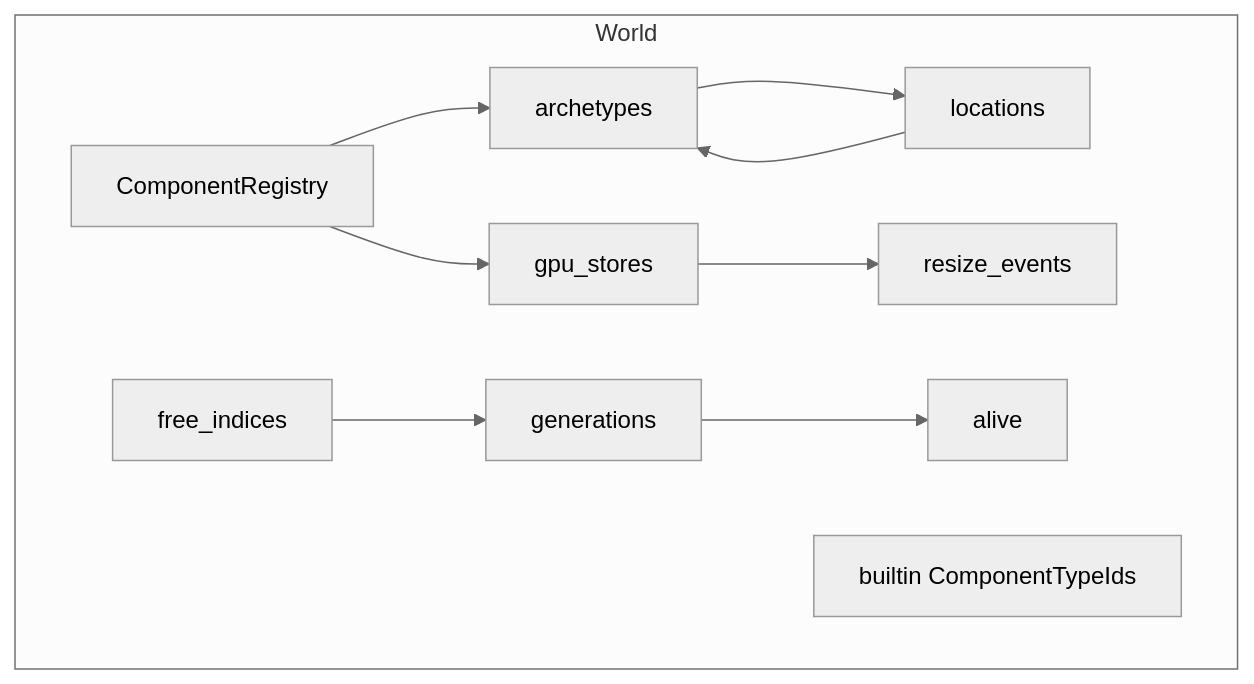
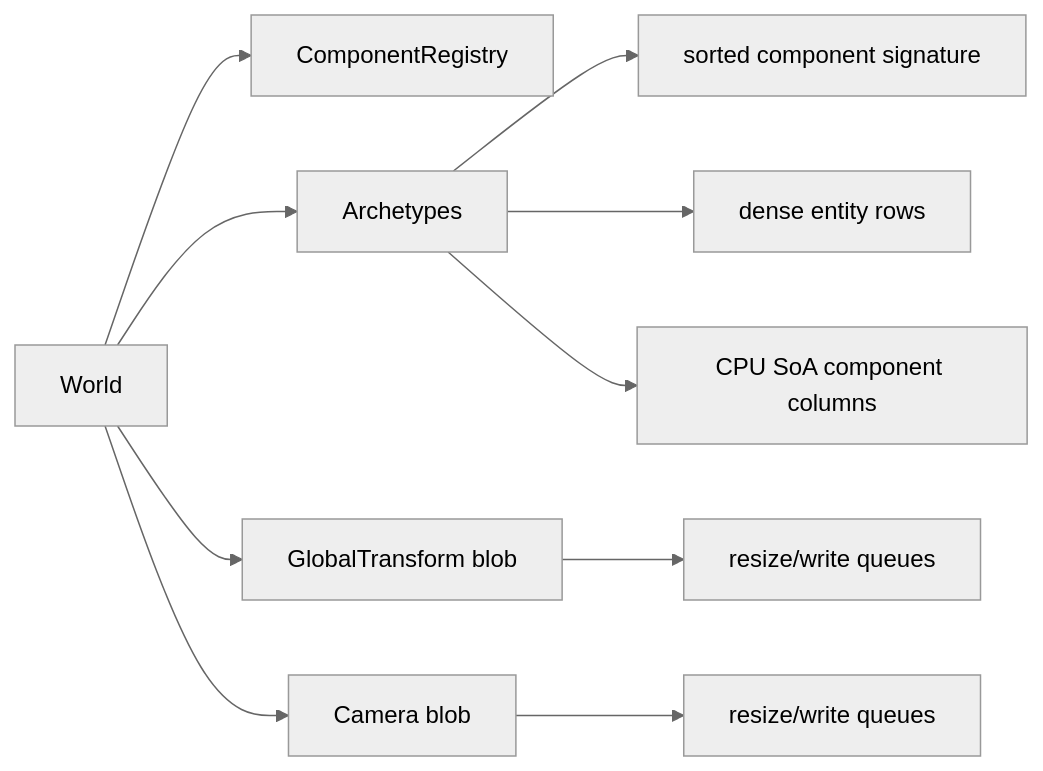
Before and after one commit to emadurandal/RhodoniteMBT: the diagram in docs/ecs.md, drawn with Mermaid (neutral theme). The commit also changed other lines of this file and 27 other files, not shown here.

First line of the commit message:
!refactor: Update ECS documentation and remove unused GPU component functions

````diff
--- a/docs/ecs.md
+++ b/docs/ecs.md
@@ -29,21 +22,12 @@
 ```mermaid
-flowchart TB
-  subgraph world [World]
-    registry[ComponentRegistry]
-    generations[generations]
-    alive[alive]
-    free_indices[free_indices]
-    locations[locations]
-    archetypes[archetypes]
-    gpu_stores[gpu_stores]
-    resize_events[resize_events]
-    tf_ids[builtin ComponentTypeIds]
-  end
-  registry --> archetypes
-  registry --> gpu_stores
-  locations --> archetypes
-  generations --> alive
-  free_indices --> generations
-  archetypes --> locations
-  gpu_stores --> resize_events
+flowchart LR
+  W[World] --> R[ComponentRegistry]
+  W --> A[Archetypes]
+  W --> GT[GlobalTransform blob]
+  W --> C[Camera blob]
+  A --> S[sorted component signature]
+  A --> E[dense entity rows]
+  A --> Cols[CPU SoA component columns]
+  GT --> GTQ[resize/write queues]
+  C --> CQ[resize/write queues]
 ```
````
